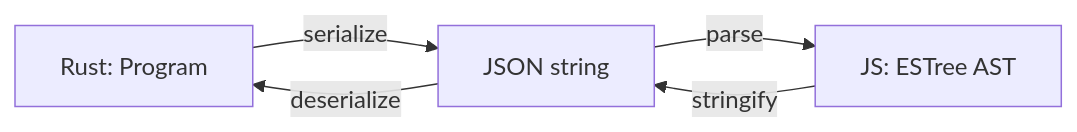
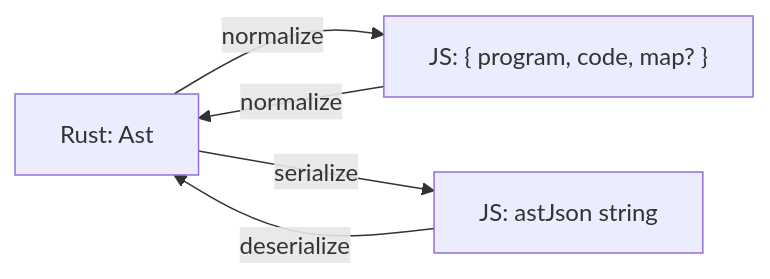
The fourth of 6 diagrams in ARCHITECTURE.md (telarel/telarel), drawn with Mermaid before and after one commit. The commit also changed other lines of this file and 53 other files, not shown here.

````diff
--- a/ARCHITECTURE.md
+++ b/ARCHITECTURE.md
@@ -225,5 +280,7 @@
 ```mermaid
 flowchart LR
-    P["Rust: Program"] -- serialize --> S["JSON string"] -- parse --> E["JS: ESTree AST"]
-    E -- stringify --> S -- deserialize --> P
+    P["Rust: Ast"] -- normalize --> O["JS: { program, code, map? }"]
+    O -- normalize --> P
+    P -- serialize --> S["JS: astJson string"]
+    S -- deserialize --> P
 ```
````
